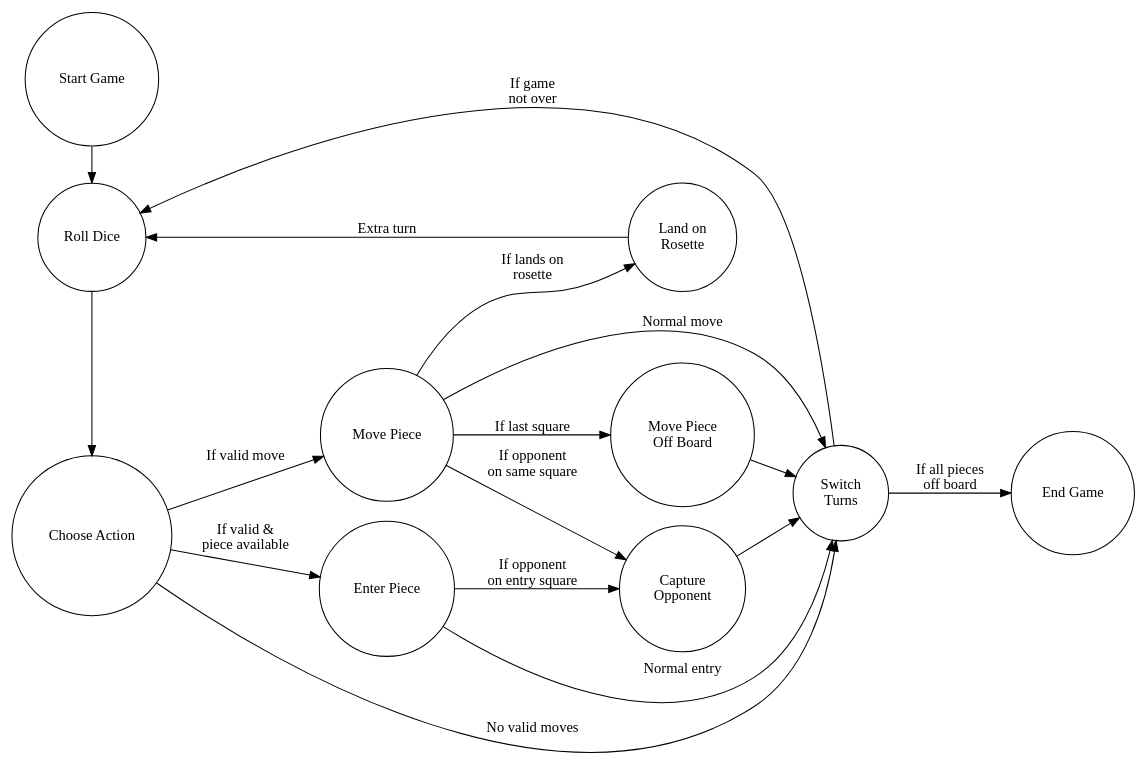
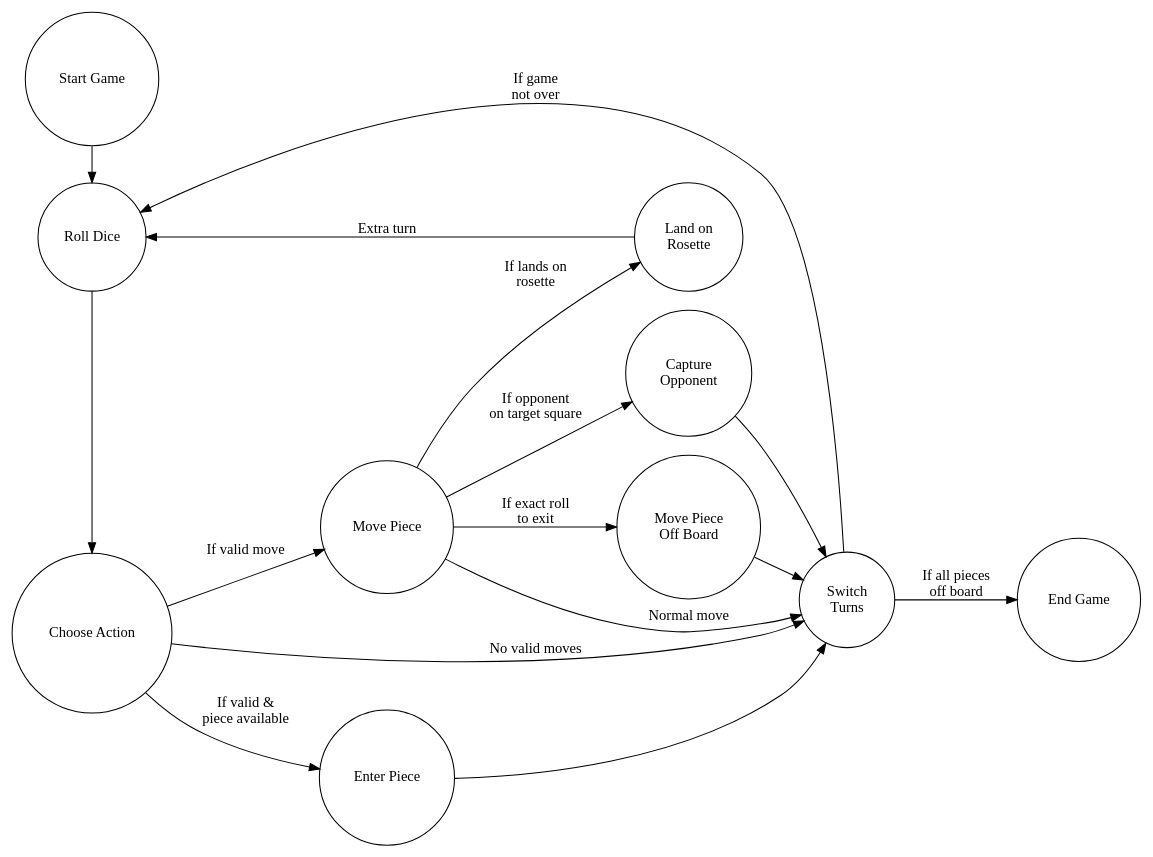
Before and after one commit to rgilks/royal-game-of-ur-cli: the diagram in docs/rgou-fsm.dot, drawn with Graphviz. The commit also changed 12 other files, not shown here.

```diff
--- a/docs/rgou-fsm.dot
+++ b/docs/rgou-fsm.dot
@@ -1,36 +1,35 @@
 digraph RoyalGameOfUr {
     rankdir=LR;
     node [shape = circle];
     
     start [label = "Start Game"];
     roll [label = "Roll Dice"];
     choose [label = "Choose Action"];
     enter [label = "Enter Piece"];
     move [label = "Move Piece"];
     capture [label = "Capture\nOpponent"];
     rosette [label = "Land on\nRosette"];
     off_board [label = "Move Piece\nOff Board"];
     switch [label = "Switch\nTurns"];
     end [label = "End Game"];
 
     start -> roll;
     roll -> choose;
     choose -> enter [label = "If valid &\npiece available"];
     choose -> move [label = "If valid move"];
     choose -> switch [label = "No valid moves"];
-    enter -> capture [label = "If opponent\non entry square"];
-    enter -> switch [label = "Normal entry"];
-    move -> capture [label = "If opponent\non same square"];
+    enter -> switch;
+    move -> capture [label = "If opponent\non target square"];
     move -> rosette [label = "If lands on\nrosette"];
-    move -> off_board [label = "If last square"];
+    move -> off_board [label = "If exact roll\nto exit"];
     move -> switch [label = "Normal move"];
     capture -> switch;
     rosette -> roll [label = "Extra turn"];
     off_board -> switch;
     switch -> roll [label = "If game\nnot over"];
     switch -> end [label = "If all pieces\noff board"];
     
     {rank=same; start roll choose}
     {rank=same; enter move}
     {rank=same; capture rosette off_board}
 }
```
